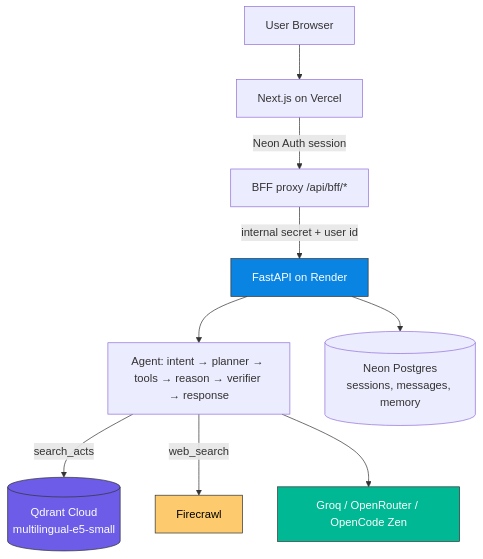
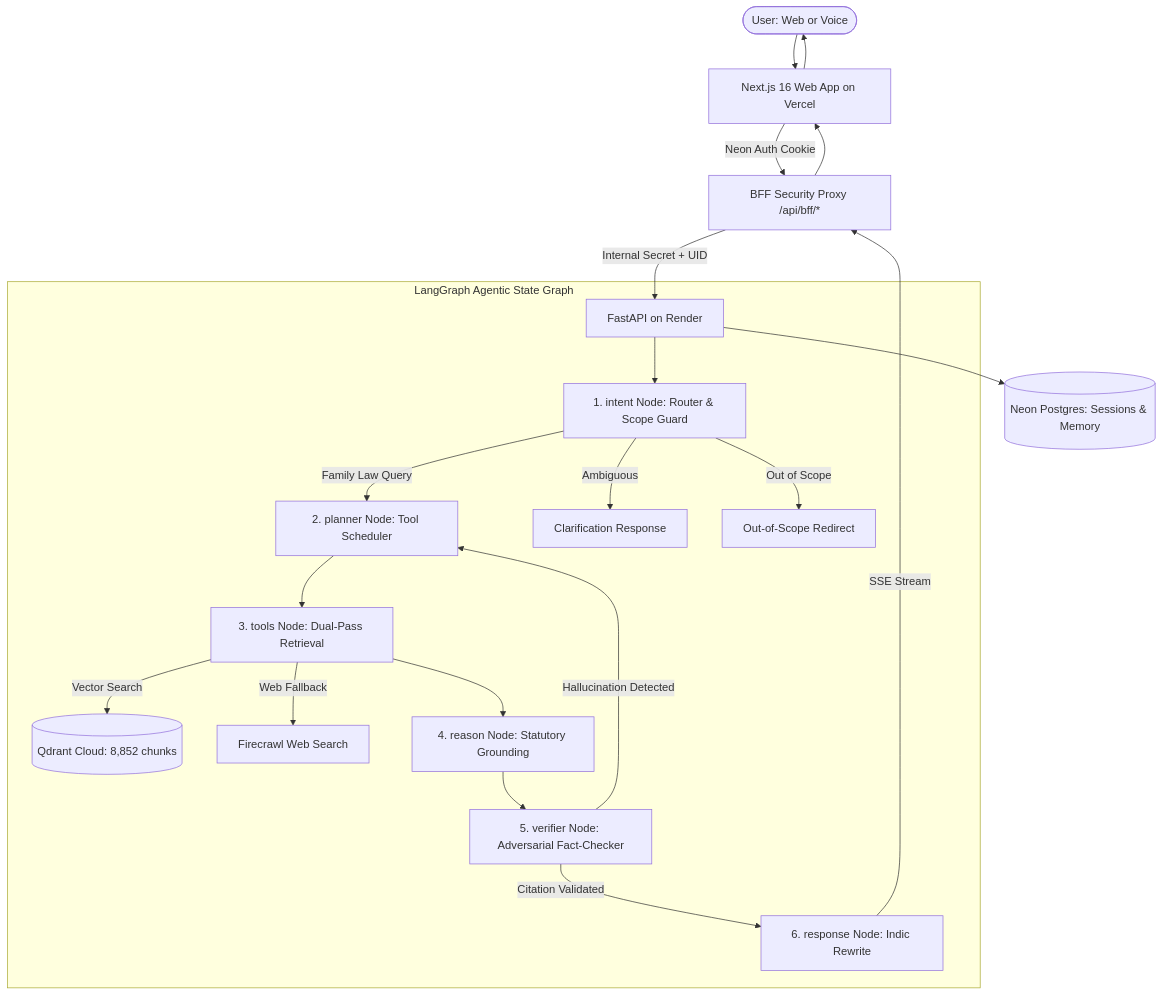
Before and after one commit to Kamal-Nayan-Kumar/law_saathi: the diagram in README.md, drawn with Mermaid. The commit also changed other lines of this file and 33 other files, not shown here.

Commit message:
docs: refresh README and add Law Saathi agent eval suite with live LLM results (#15)

````diff
--- a/README.md
+++ b/README.md
@@ -105,17 +87,25 @@
 ```mermaid
 flowchart TD
-    U[User Browser] --> N[Next.js on Vercel]
-    N -->|Neon Auth session| BFF[BFF proxy /api/bff/*]
-    BFF -->|internal secret + user id| API[FastAPI on Render]
+    User([User: Web or Voice]) --> Next[Next.js 16 Web App on Vercel]
+    Next -->|Neon Auth Cookie| BFF[BFF Security Proxy /api/bff/*]
+    BFF -->|Internal Secret + UID| API[FastAPI on Render]
 
-    API --> AG[Agent: intent → planner → tools → reason → verifier → response]
-    AG -->|search_acts| Q[(Qdrant Cloud<br/>multilingual-e5-small)]
-    AG -->|web_search| FC[Firecrawl]
-    AG --> LLM[Groq / OpenRouter / OpenCode Zen]
-    API --> DB[(Neon Postgres<br/>sessions, messages, memory)]
+    subgraph LangGraph ["LangGraph Agentic State Graph"]
+        API --> Intent[1. intent Node: Router & Scope Guard]
+        Intent -->|Family Law Query| Planner[2. planner Node: Tool Scheduler]
+        Intent -->|Ambiguous| Clarify[Clarification Response]
+        Intent -->|Out of Scope| Redirect[Out-of-Scope Redirect]
 
-    style Q fill:#6C5CE7,stroke:#333,color:#fff
-    style LLM fill:#00B894,stroke:#333,color:#fff
-    style API fill:#0984E3,stroke:#333,color:#fff
-    style FC fill:#FDCB6E,stroke:#333,color:#000
+        Planner --> Tools[3. tools Node: Dual-Pass Retrieval]
+        Tools -->|Vector Search| Qdrant[(Qdrant Cloud: 8,852 chunks)]
+        Tools -->|Web Fallback| Firecrawl[Firecrawl Web Search]
+
+        Tools --> Reason[4. reason Node: Statutory Grounding]
+        Reason --> Verifier[5. verifier Node: Adversarial Fact-Checker]
+        Verifier -->|Citation Validated| Response[6. response Node: Indic Rewrite]
+        Verifier -->|Hallucination Detected| Planner
+    end
+
+    Response -->|SSE Stream| BFF --> Next --> User
+    API --> DB[(Neon Postgres: Sessions & Memory)]
 ```
````
